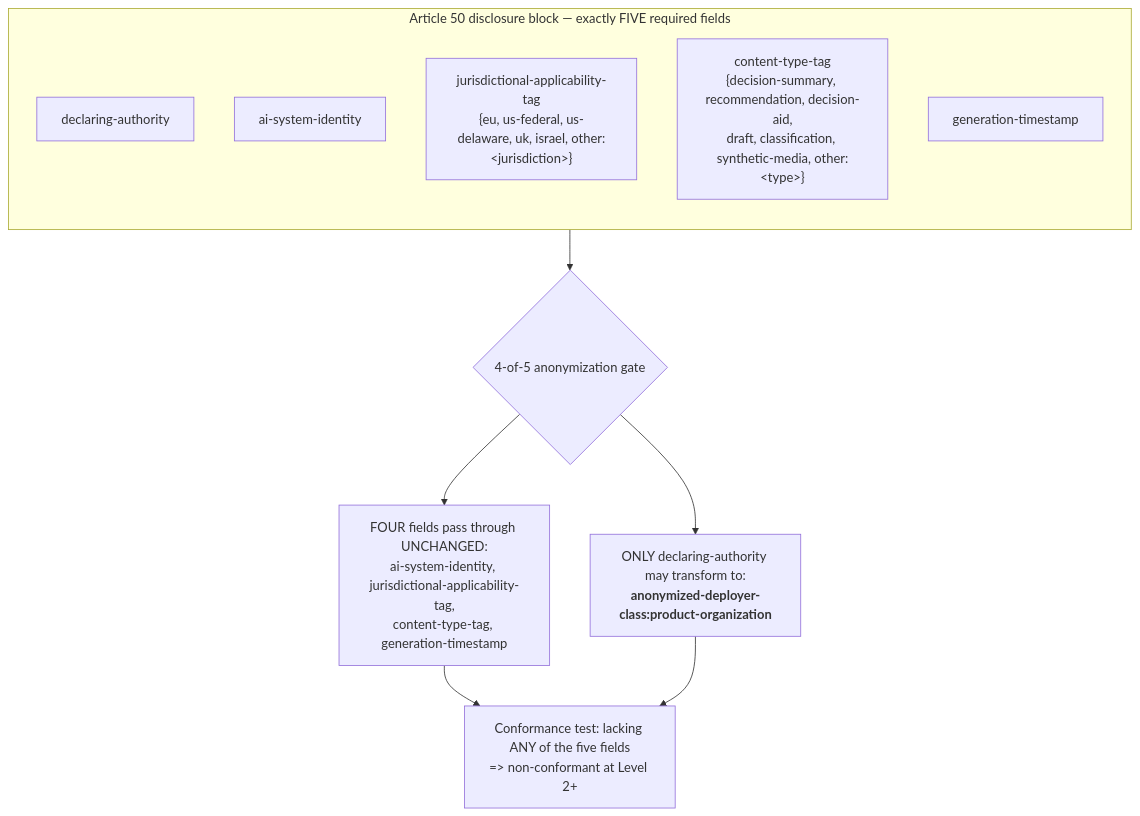
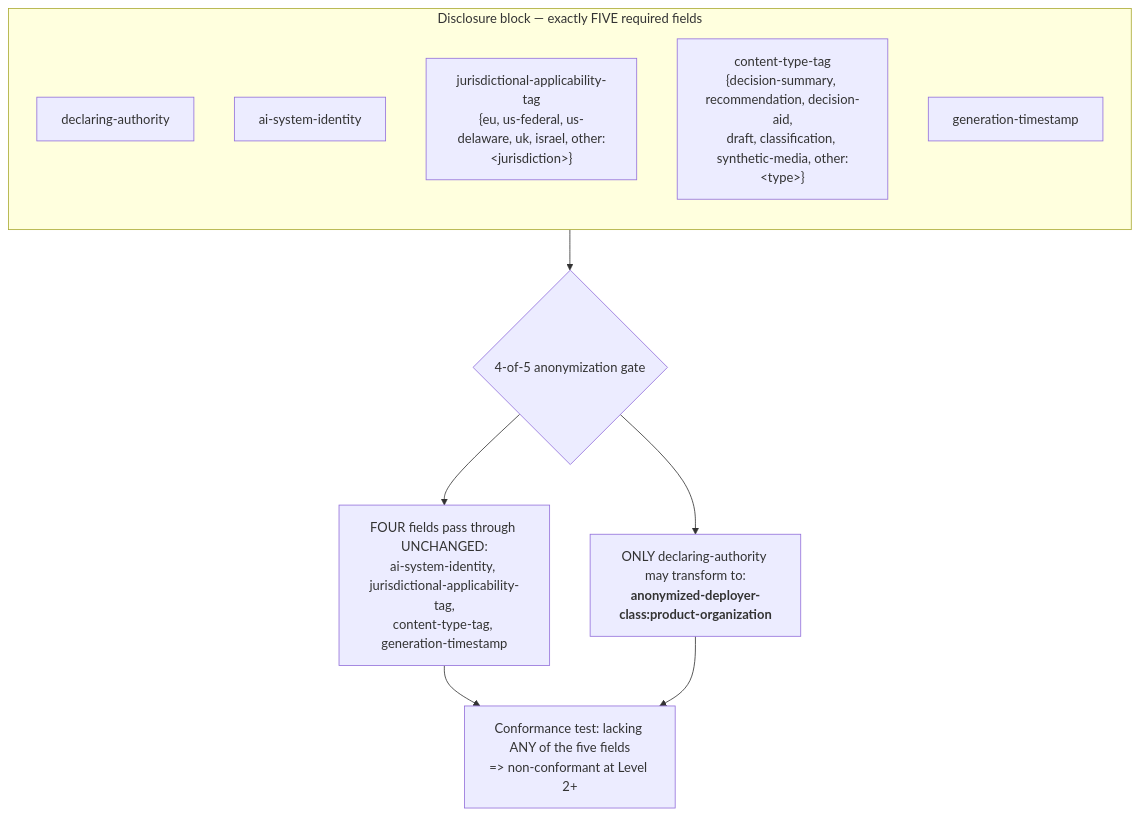
One commit to decision-provenance-standard/standard changed the third of 6 diagrams in spec/companion-D-diagrams.md. Above: the diagram before and after it, drawn with Mermaid. The commit also changed other lines of this file and 29 other files, not shown here.

First line of the commit message:
Rule changes for v1.1: disclosure block, redaction, release calls, mode-drift layers

````diff
--- a/spec/companion-D-diagrams.md
+++ b/spec/companion-D-diagrams.md
@@ -110,16 +110,16 @@
 ```mermaid
 flowchart TB
-    subgraph block["Article 50 disclosure block — exactly FIVE required fields"]
+    subgraph block["Disclosure block — exactly FIVE required fields"]
         direction TB
         f1["declaring-authority"]
         f2["ai-system-identity"]
         f3["jurisdictional-applicability-tag<br/>{eu, us-federal, us-delaware, uk, israel, other:&lt;jurisdiction&gt;}"]
         f4["content-type-tag<br/>{decision-summary, recommendation, decision-aid,<br/>draft, classification, synthetic-media, other:&lt;type&gt;}"]
         f5["generation-timestamp"]
     end
     block --> anon{"4-of-5 anonymization gate"}
     anon --> pass["FOUR fields pass through UNCHANGED:<br/>ai-system-identity, jurisdictional-applicability-tag,<br/>content-type-tag, generation-timestamp"]
     anon --> transform["ONLY declaring-authority may transform to:<br/><b>anonymized-deployer-class:product-organization</b>"]
     pass --> test["Conformance test: lacking ANY of the five fields<br/>=&gt; non-conformant at Level 2+"]
     transform --> test
 ```
````
